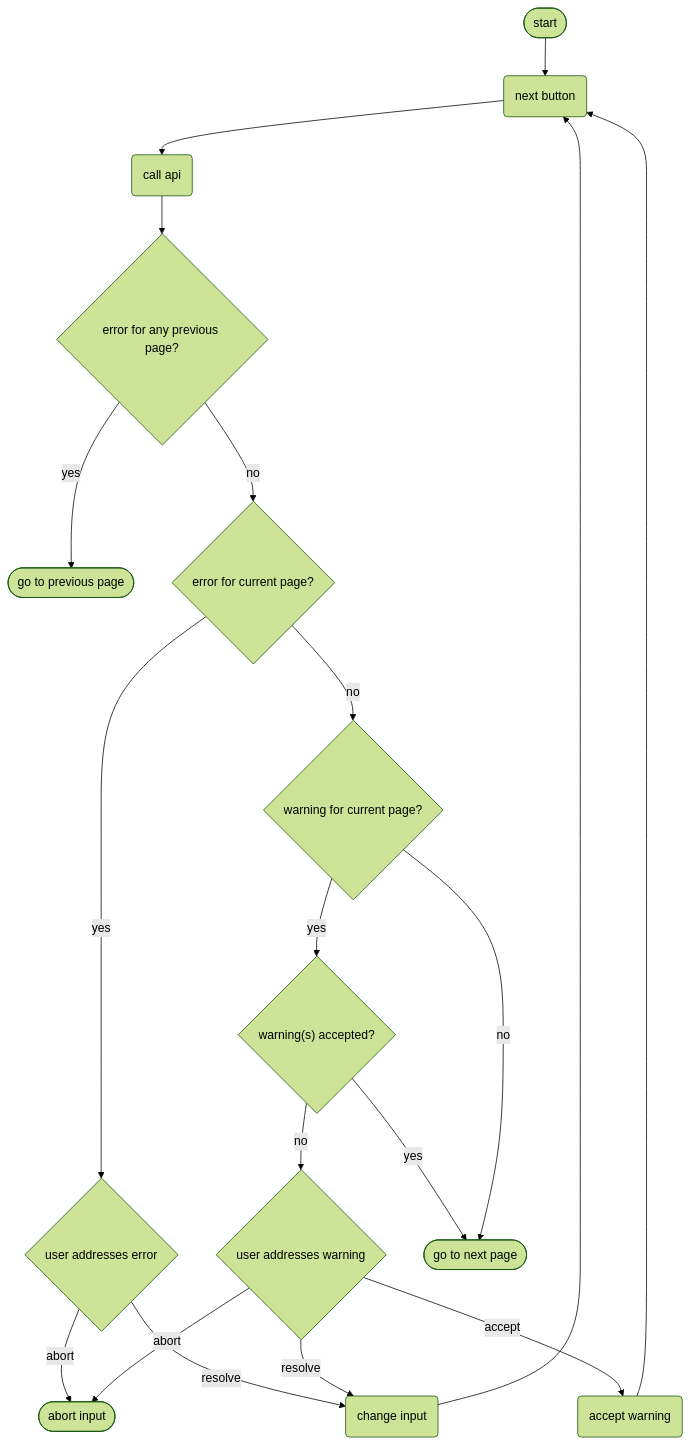
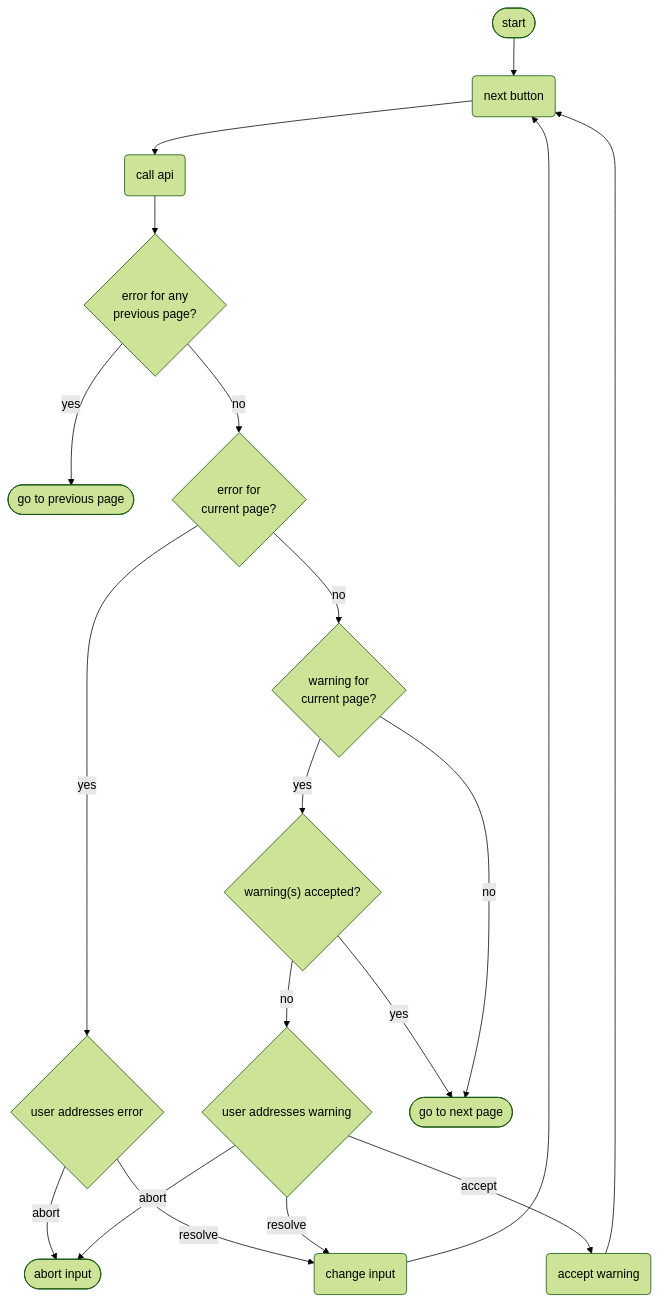
The third of 4 diagrams in documentatie/flowcharts/data-entry-forms.md (kiesraad/abacus), drawn with Mermaid (forest theme) before and after one commit. The commit also changed other lines of this file, not shown here.

````diff
--- a/documentatie/flowcharts/data-entry-forms.md
+++ b/documentatie/flowcharts/data-entry-forms.md
@@ -115,49 +115,49 @@
 ```mermaid
 flowchart TD
 
     %% elements
     flow-start([start])
     go-to-prev-page([go to previous page])
     abort-input([abort input])
 
-    error-any-prev-page{"error for any previous page?"}
-    error-cur-page{"error for current page?"}
-    warning-cur-page{"warning for current page?"}
+    error-any-prev-page{"error for any \n previous page?"}
+    error-cur-page{"error for \n current page?"}
+    warning-cur-page{"warning for \n current page?"}
     warnings-accepted{"warning(s) accepted?"}
     user-addresses-error{user addresses error}
 
     user-addresses-warning{user addresses warning}
 
     next-button(next button)
     call-api(call api)
     change-input(change input)
     accept-warning(accept warning)
 
     go-to-next-page([go to next page])
 
     %% flow
     flow-start --> next-button
     next-button --> call-api
     call-api --> error-any-prev-page
 
     error-any-prev-page -- yes --> go-to-prev-page
 
     error-any-prev-page -- no --> error-cur-page
 
     error-cur-page -- yes --> user-addresses-error
     
     user-addresses-error -- abort --> abort-input
     user-addresses-error -- resolve --> change-input
     change-input --> next-button
 
     error-cur-page -- no --> warning-cur-page
     warning-cur-page -- yes --> warnings-accepted
     warnings-accepted -- no --> user-addresses-warning
     warnings-accepted -- yes --> go-to-next-page
     user-addresses-warning -- resolve --> change-input
     user-addresses-warning -- accept --> accept-warning
     accept-warning --> next-button
     user-addresses-warning -- abort --> abort-input
 
     warning-cur-page -- no --> go-to-next-page
 ```
````
